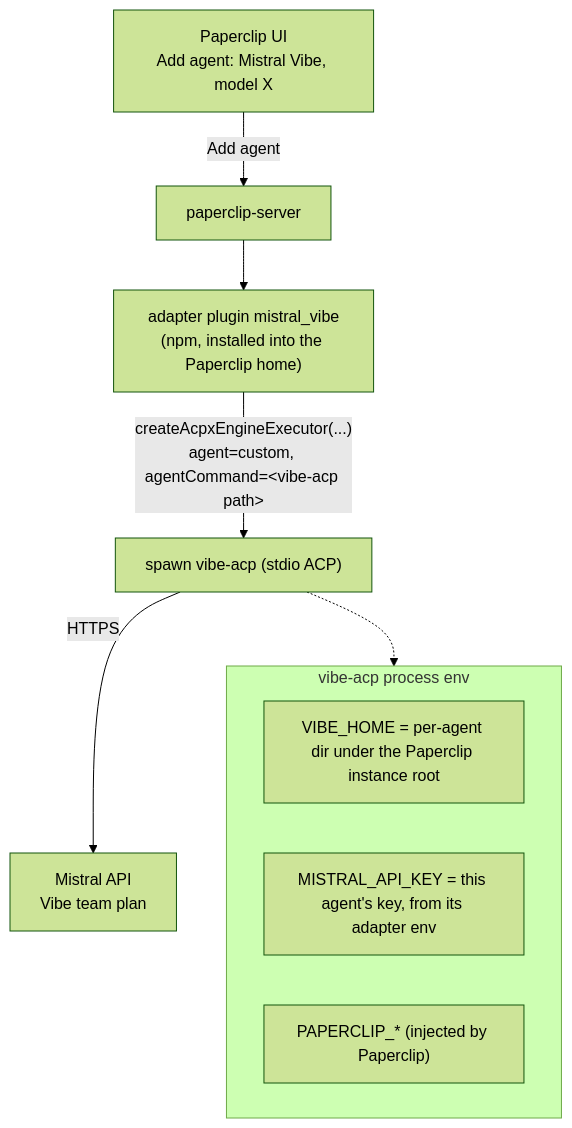
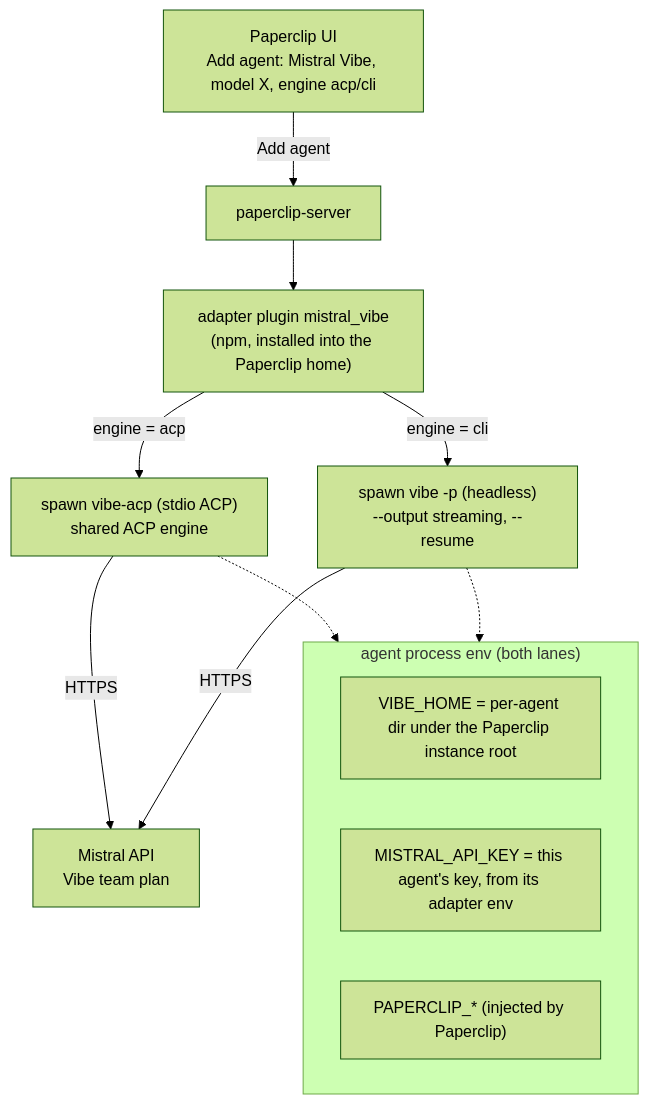
Before and after one commit to deltadrai/paperclip-adapter-mistral-vibe: the diagram in README.md, drawn with Mermaid (forest theme). The commit also changed other lines of this file, not shown here.

First line of the commit message:
Document the CLI execution engine in the README

````diff
--- a/README.md
+++ b/README.md
@@ -26,21 +26,25 @@
 ```mermaid
 flowchart TD
-    UI["Paperclip UI<br/>Add agent: Mistral Vibe, model X"]
+    UI["Paperclip UI<br/>Add agent: Mistral Vibe, model X, engine acp/cli"]
     Server["paperclip-server"]
     Plugin["adapter plugin mistral_vibe<br/>(npm, installed into the Paperclip home)"]
-    Spawn["spawn vibe-acp (stdio ACP)"]
+    SpawnAcp["spawn vibe-acp (stdio ACP)<br/>shared ACP engine"]
+    SpawnCli["spawn vibe -p (headless)<br/>--output streaming, --resume"]
     Api["Mistral API<br/>Vibe team plan"]
 
     UI -->|"Add agent"| Server
     Server --> Plugin
-    Plugin -->|"createAcpxEngineExecutor(...)<br/>agent=custom, agentCommand=&lt;vibe-acp path&gt;"| Spawn
-    Spawn -->|"HTTPS"| Api
+    Plugin -->|"engine = acp"| SpawnAcp
+    Plugin -->|"engine = cli"| SpawnCli
+    SpawnAcp -->|"HTTPS"| Api
+    SpawnCli -->|"HTTPS"| Api
 
-    subgraph Env["vibe-acp process env"]
+    subgraph Env["agent process env (both lanes)"]
         VibeHome["VIBE_HOME = per-agent dir under the Paperclip instance root"]
         ApiKey["MISTRAL_API_KEY = this agent's key, from its adapter env"]
         PaperclipEnv["PAPERCLIP_* (injected by Paperclip)"]
     end
 
-    Spawn -.-> Env
+    SpawnAcp -.-> Env
+    SpawnCli -.-> Env
 ```
````
